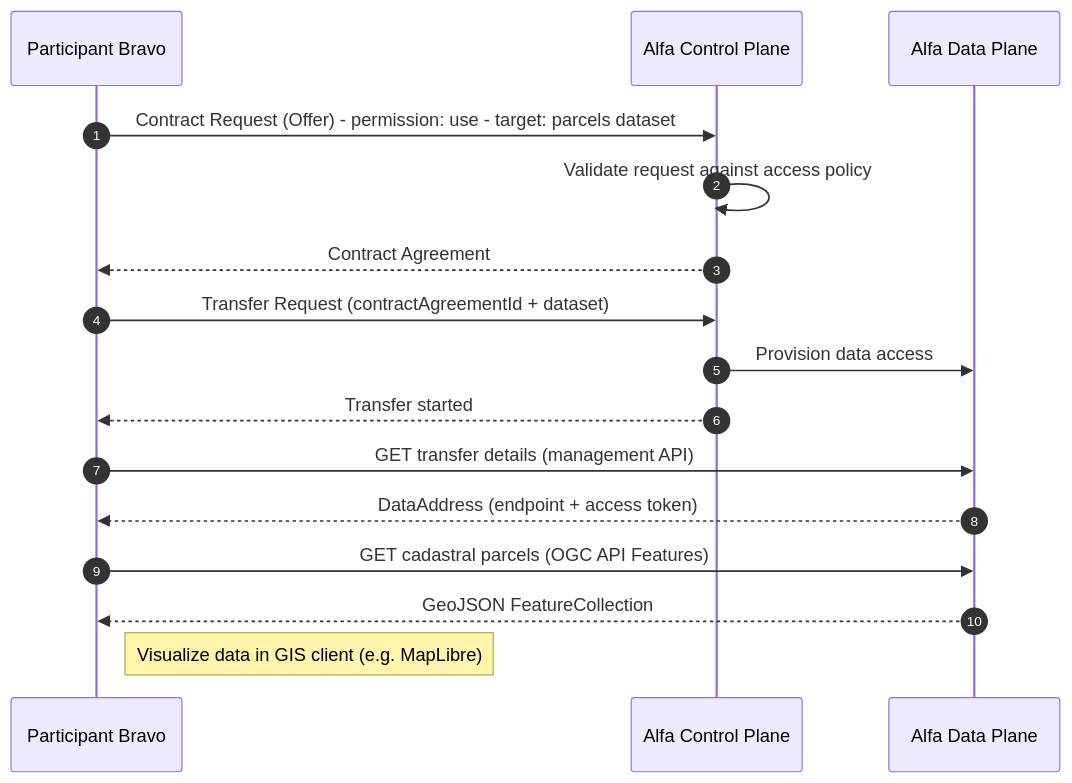
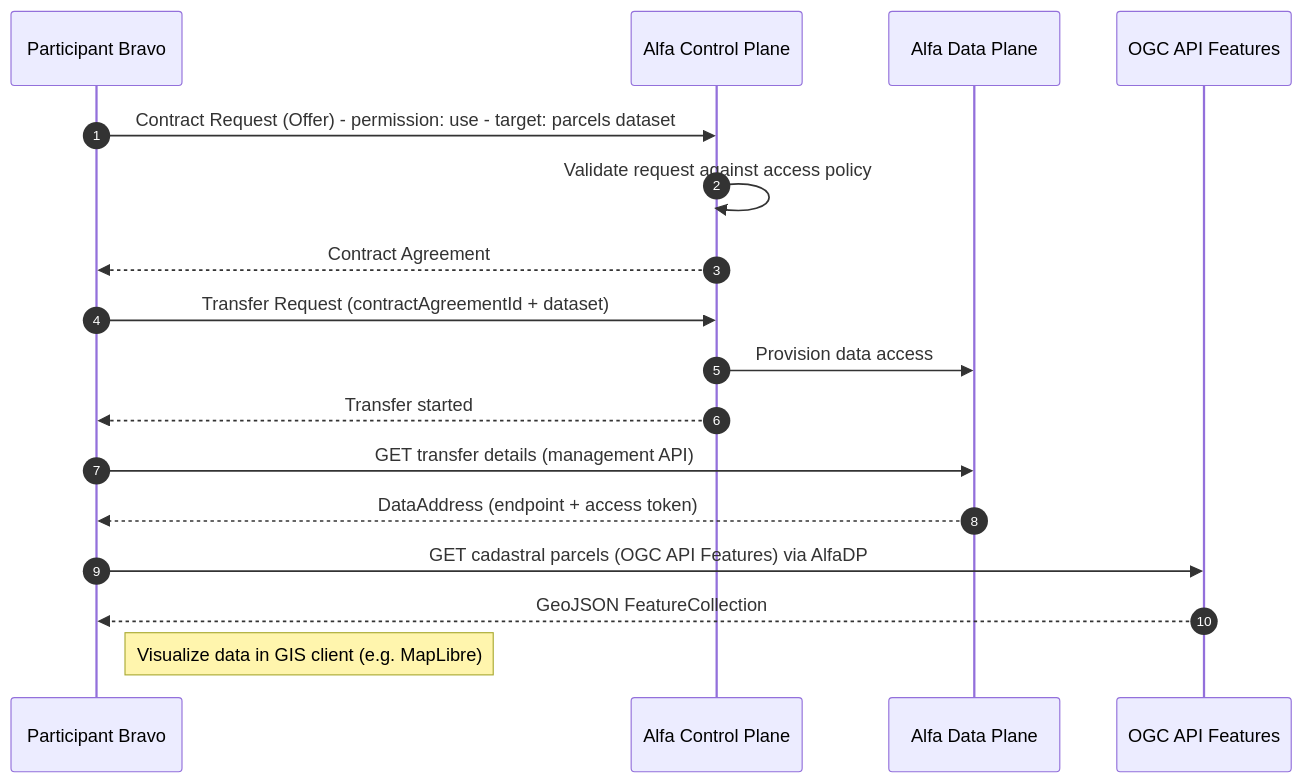
Before and after one commit to bertt/dataspaces: the diagram in doc/understanding_dataspaces.md, drawn with Mermaid.

Commit message:
Add OGC participant and update data access flow

````diff
--- a/doc/understanding_dataspaces.md
+++ b/doc/understanding_dataspaces.md
@@ -62,27 +62,28 @@
 ```mermaid
 sequenceDiagram
     autonumber
 
     participant Bravo as Participant Bravo
     participant AlfaCP as Alfa Control Plane
     participant AlfaDP as Alfa Data Plane
+    participant OGC as OGC API Features
 
     %% Contract Negotiation
     Bravo->>AlfaCP: Contract Request (Offer) - permission: use - target: parcels dataset
     AlfaCP->>AlfaCP: Validate request against access policy
     AlfaCP-->>Bravo: Contract Agreement
 
     %% Data Transfer
     Bravo->>AlfaCP: Transfer Request (contractAgreementId + dataset)
     AlfaCP->>AlfaDP: Provision data access
     AlfaCP-->>Bravo: Transfer started
 
     %% Data Access
     Bravo->>AlfaDP: GET transfer details (management API)
     AlfaDP-->>Bravo: DataAddress (endpoint + access token)
 
-    Bravo->>AlfaDP: GET cadastral parcels (OGC API Features)
-    AlfaDP-->>Bravo: GeoJSON FeatureCollection
+    Bravo->>OGC: GET cadastral parcels (OGC API Features) via AlfaDP
+    OGC-->>Bravo: GeoJSON FeatureCollection
 
     Note right of Bravo: Visualize data in GIS client (e.g. MapLibre)
 ```
````
